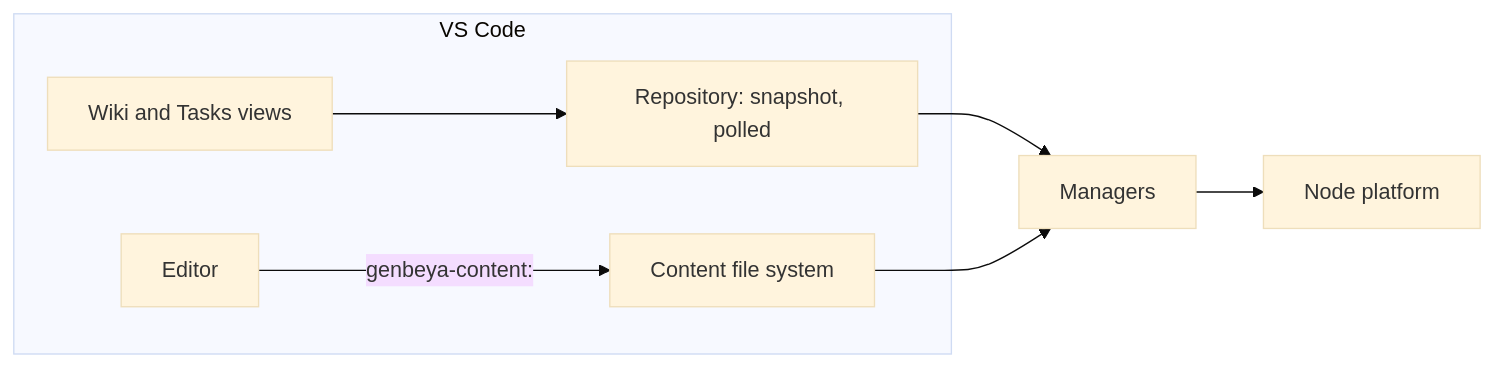
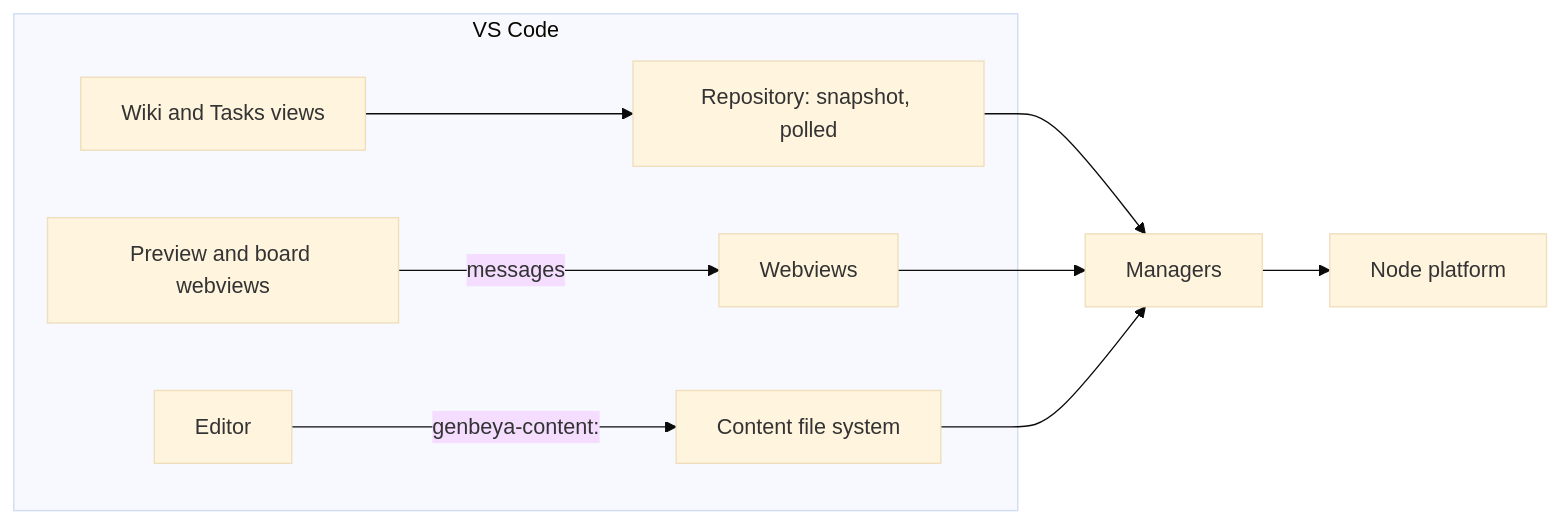
Before and after one commit to genbeya/genbeya: the diagram in docs/Architecture/VS-Code.md, drawn with Mermaid (base theme). The commit also changed other lines of this file and 25 other files, not shown here.

First line of the commit message:
Preview pages and tasks, and add a board, in the VS Code extension (GENBEYA-21)

````diff
--- a/docs/Architecture/VS-Code.md
+++ b/docs/Architecture/VS-Code.md
@@ -5,10 +5,12 @@
 ```mermaid
 flowchart LR
   subgraph VSCode["VS Code"]
     views[Wiki and Tasks views] --> session[Repository: snapshot, polled]
+    webviews[Preview and board webviews] -- messages --> panels[Webviews]
     editor[Editor] -- "genbeya-content:" --> files[Content file system]
   end
   session --> managers[Managers]
+  panels --> managers
   files --> managers
   managers --> node[Node platform]
 ```
````
